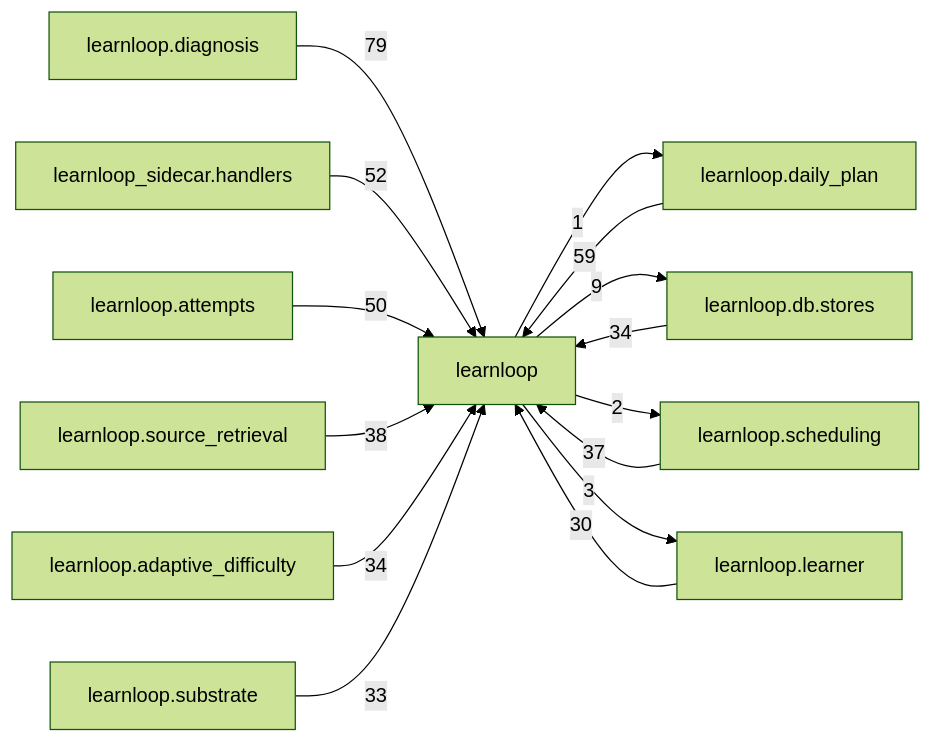
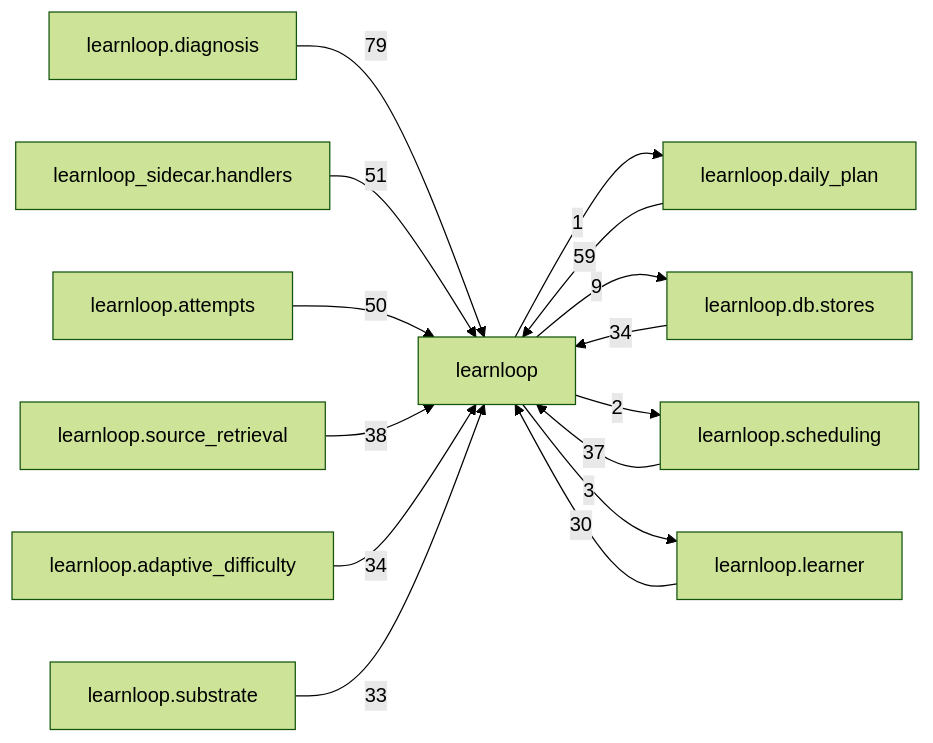
The diagram in docs/learnloop-architecture-vault/Reference/Modules/learnloop/_package.md (6up-b/learnanything), drawn with Mermaid (forest theme) before and after one commit. The commit also changed other lines of this file and 41 other files, not shown here.

````diff
--- a/docs/learnloop-architecture-vault/Reference/Modules/learnloop/_package.md
+++ b/docs/learnloop-architecture-vault/Reference/Modules/learnloop/_package.md
@@ -259,28 +259,28 @@
 ```mermaid
 flowchart LR
     center["learnloop"]
     n_learnloop_diagnosis["learnloop.diagnosis"]
     n_learnloop_daily_plan["learnloop.daily_plan"]
     n_learnloop_sidecar_handlers["learnloop_sidecar.handlers"]
     n_learnloop_attempts["learnloop.attempts"]
     n_learnloop_db_stores["learnloop.db.stores"]
     n_learnloop_scheduling["learnloop.scheduling"]
     n_learnloop_source_retrieval["learnloop.source_retrieval"]
     n_learnloop_adaptive_difficulty["learnloop.adaptive_difficulty"]
     n_learnloop_learner["learnloop.learner"]
     n_learnloop_substrate["learnloop.substrate"]
     n_learnloop_diagnosis -->|79| center
     n_learnloop_daily_plan -->|59| center
     center -->|1| n_learnloop_daily_plan
-    n_learnloop_sidecar_handlers -->|52| center
+    n_learnloop_sidecar_handlers -->|51| center
     n_learnloop_attempts -->|50| center
     n_learnloop_db_stores -->|34| center
     center -->|9| n_learnloop_db_stores
     n_learnloop_scheduling -->|37| center
     center -->|2| n_learnloop_scheduling
     n_learnloop_source_retrieval -->|38| center
     n_learnloop_adaptive_difficulty -->|34| center
     n_learnloop_learner -->|30| center
     center -->|3| n_learnloop_learner
     n_learnloop_substrate -->|33| center
 ```
````
